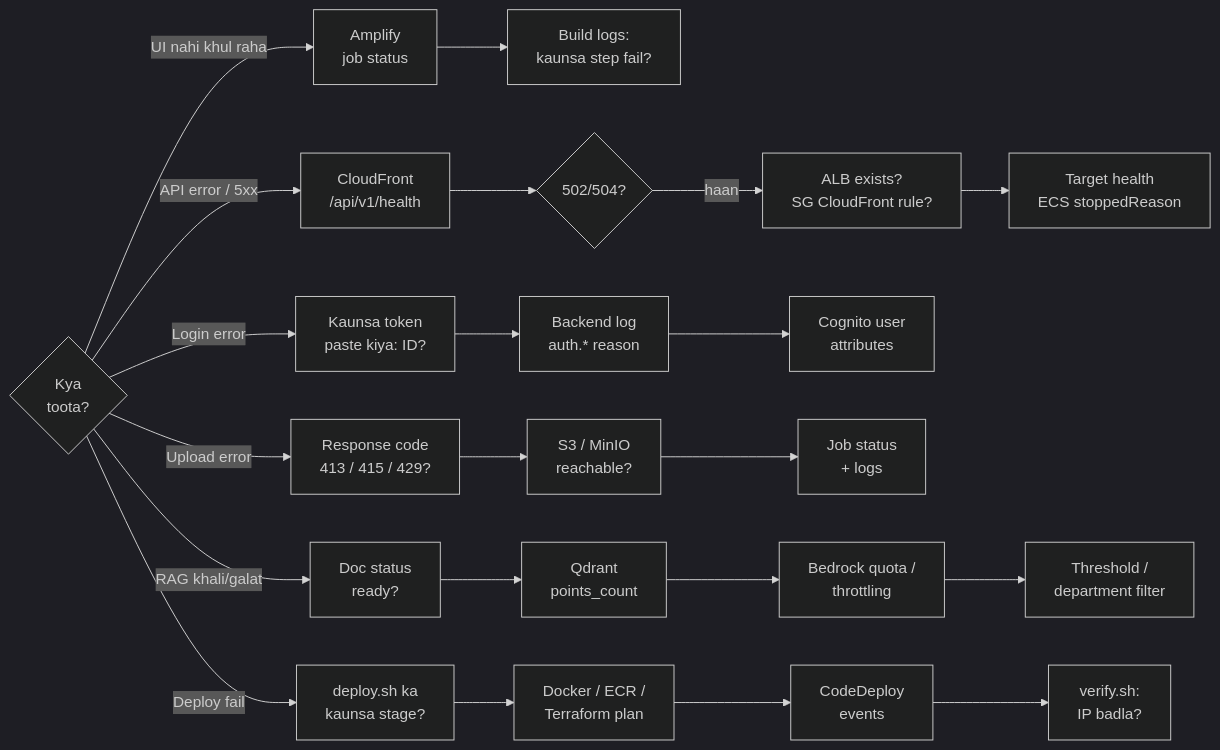
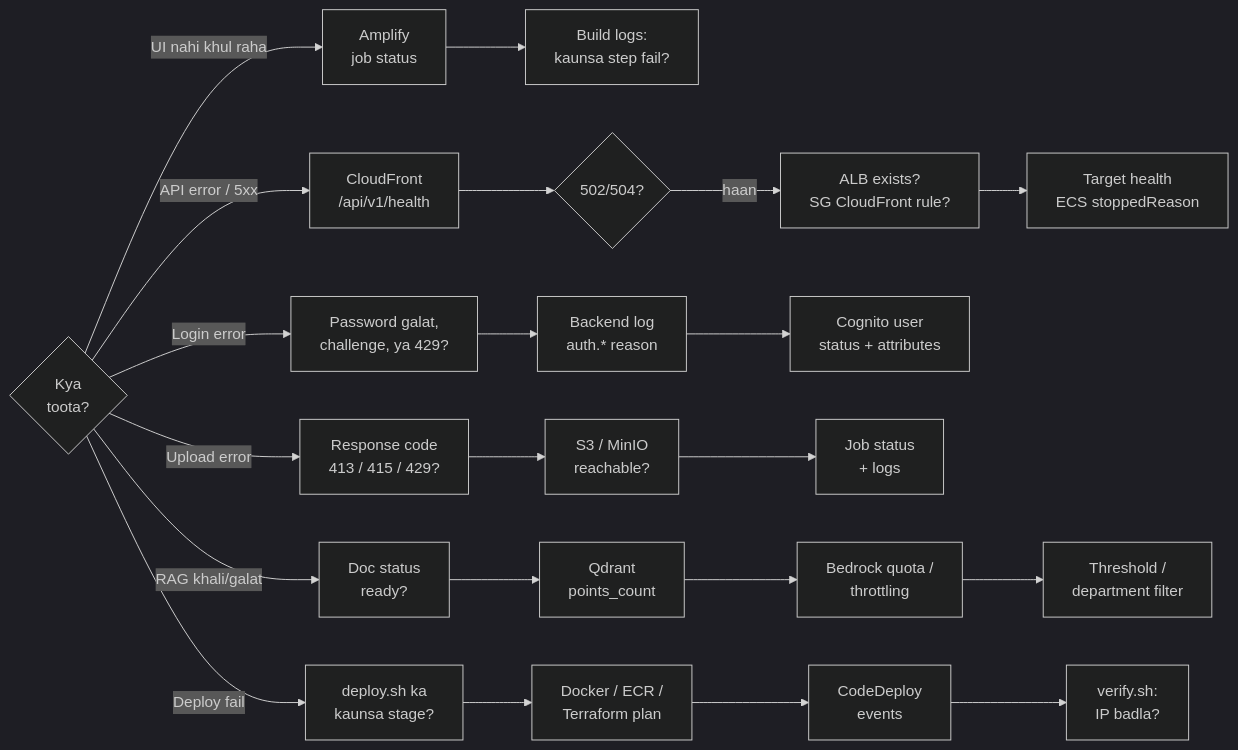
Diagram 15 of 16 in docs/handbook/ENTERPRISE_KNOWLEDGE_AUTOMATION_COMPLETE_HANDBOOK.md (Analyst-Parveen/Enterprise-Knowledge-Based-Automation), drawn with Mermaid (dark theme) before and after one commit. The commit also changed other lines of this file and 71 other files, not shown here.

````diff
--- a/docs/handbook/ENTERPRISE_KNOWLEDGE_AUTOMATION_COMPLETE_HANDBOOK.md
+++ b/docs/handbook/ENTERPRISE_KNOWLEDGE_AUTOMATION_COMPLETE_HANDBOOK.md
@@ -1772,9 +1933,9 @@
 ```mermaid
 flowchart LR
     X{Kya<br/>toota?} -->|UI nahi khul raha| U1[Amplify<br/>job status] --> U2[Build logs:<br/>kaunsa step fail?]
     X -->|API error / 5xx| A1[CloudFront<br/>/api/v1/health] --> A2{502/504?} -->|haan| A3[ALB exists?<br/>SG CloudFront rule?] --> A4[Target health<br/>ECS stoppedReason]
-    X -->|Login error| L1[Kaunsa token<br/>paste kiya: ID?] --> L2[Backend log<br/>auth.* reason] --> L3[Cognito user<br/>attributes]
+    X -->|Login error| L1[Password galat,<br/>challenge, ya 429?] --> L2[Backend log<br/>auth.* reason] --> L3[Cognito user<br/>status + attributes]
     X -->|Upload error| P1[Response code<br/>413 / 415 / 429?] --> P2[S3 / MinIO<br/>reachable?] --> P3[Job status<br/>+ logs]
     X -->|RAG khali/galat| R1[Doc status<br/>ready?] --> R2[Qdrant<br/>points_count] --> R3[Bedrock quota /<br/>throttling] --> R4[Threshold /<br/>department filter]
     X -->|Deploy fail| D1[deploy.sh ka<br/>kaunsa stage?] --> D2[Docker / ECR /<br/>Terraform plan] --> D3[CodeDeploy<br/>events] --> D4[verify.sh:<br/>IP badla?]
 ```
````
